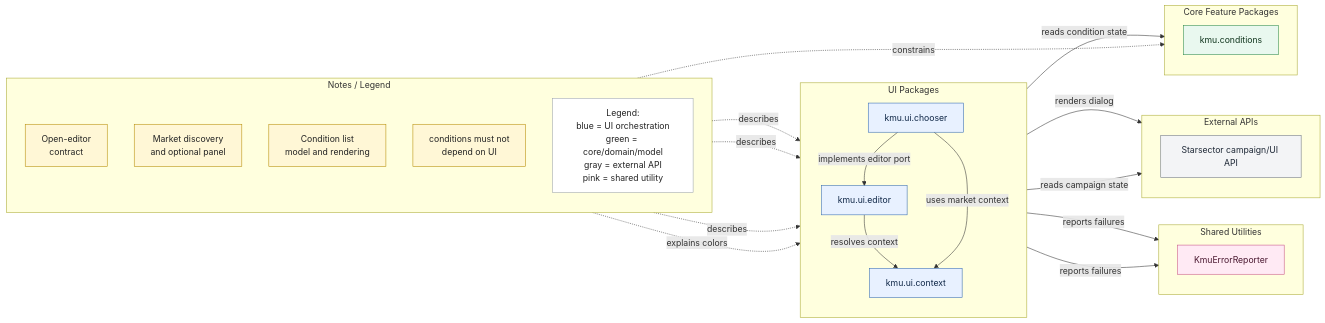
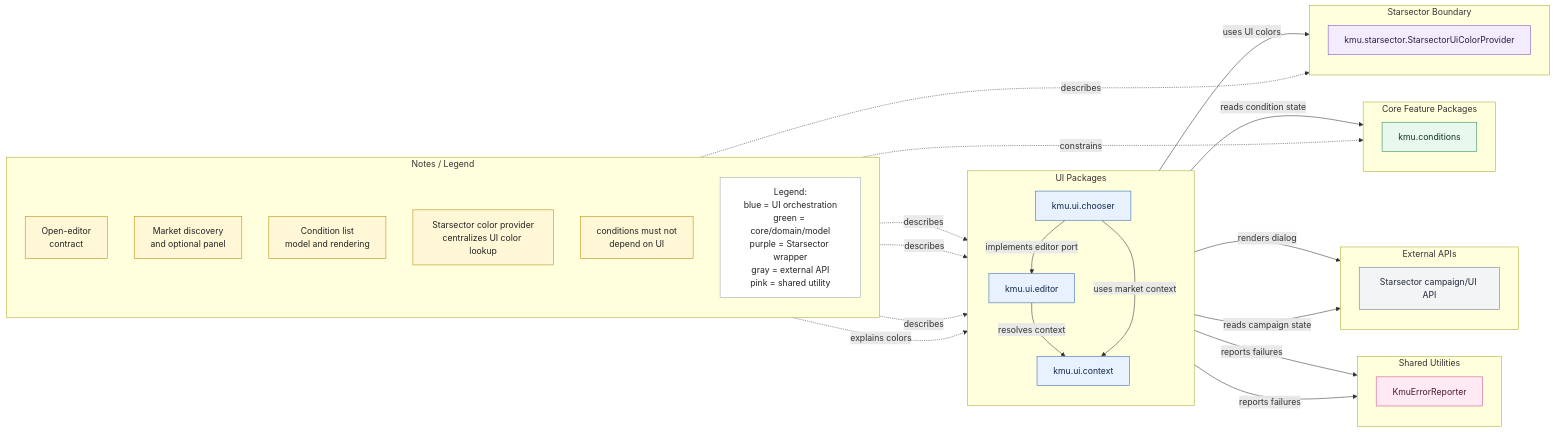
Before and after one commit to Klark-Morrigan/Starsector-Mod-KMU: the diagram in src/main/java/kmu/ui/ui.mmd, drawn with Mermaid. The commit also changed 19 other files, not shown here.

```diff
--- a/src/main/java/kmu/ui/ui.mmd
+++ b/src/main/java/kmu/ui/ui.mmd
@@ -1,65 +1,74 @@
 flowchart LR
     subgraph Meta["Notes / Legend"]
         direction TB
         EditorNote["Open-editor<br/>contract"]
         ContextNote["Market discovery<br/>and optional panel"]
         ChooserNote["Condition list<br/>model and rendering"]
+        ColorNote["Starsector color provider<br/>centralizes UI color lookup"]
         DirectionNote["conditions must not<br/>depend on UI"]
-        Legend["Legend:<br/>blue = UI orchestration<br/>green = core/domain/model<br/>gray = external API<br/>pink = shared utility"]
+        Legend["Legend:<br/>blue = UI orchestration<br/>green = core/domain/model<br/>purple = Starsector wrapper<br/>gray = external API<br/>pink = shared utility"]
     end
 
     subgraph UI["UI Packages"]
         direction TB
         Editor["kmu.ui.editor"]
         Context["kmu.ui.context"]
         Chooser["kmu.ui.chooser"]
     end
 
     subgraph Core["Core Feature Packages"]
         direction TB
         Conditions["kmu.conditions"]
+    end
+
+    subgraph StarsectorBoundary["Starsector Boundary"]
+        direction TB
+        Colors["kmu.starsector.StarsectorUiColorProvider"]
     end
 
     subgraph Shared["Shared Utilities"]
         direction TB
         Reporter["KmuErrorReporter"]
     end
 
     subgraph External["External APIs"]
         direction TB
         StarsectorUI["Starsector campaign/UI API"]
     end
 
     EditorNote -. describes .-> Editor
     ContextNote -. describes .-> Context
     ChooserNote -. describes .-> Chooser
+    ColorNote -. describes .-> Colors
     DirectionNote -. constrains .-> Conditions
     Legend -. explains colors .-> Editor
 
     Editor -->|resolves context| Context
     Editor -->|reports failures| Reporter
 
     Chooser -->|implements editor port| Editor
     Chooser -->|uses market context| Context
     Chooser -->|reads condition state| Conditions
+    Chooser -->|uses UI colors| Colors
     Chooser -->|renders dialog| StarsectorUI
 
     Context -->|reports failures| Reporter
     Context -->|reads campaign state| StarsectorUI
 
     classDef note fill:#fff7d6,stroke:#b58b00,color:#242424
     classDef legend fill:#ffffff,stroke:#9ca3af,color:#242424
     classDef orchestration fill:#e8f1ff,stroke:#2f67b1,color:#0f2747
     classDef core fill:#e9f8ef,stroke:#2b8a4b,color:#10351d
     classDef value fill:#eef8ff,stroke:#3b82a0,color:#113247
     classDef port fill:#fff0e6,stroke:#c76a24,color:#4a2108
     classDef adapter fill:#f3ecff,stroke:#7b55b7,color:#2d1c45
     classDef external fill:#f3f4f6,stroke:#6b7280,color:#1f2937
     classDef shared fill:#ffeaf4,stroke:#c75186,color:#4a1830
 
-    class EditorNote,ContextNote,ChooserNote,DirectionNote note
+    class EditorNote,ContextNote,ChooserNote,ColorNote,DirectionNote note
     class Legend legend
     class Editor,Context,Chooser orchestration
     class Conditions core
+    class Colors adapter
     class Reporter shared
     class StarsectorUI external
```
